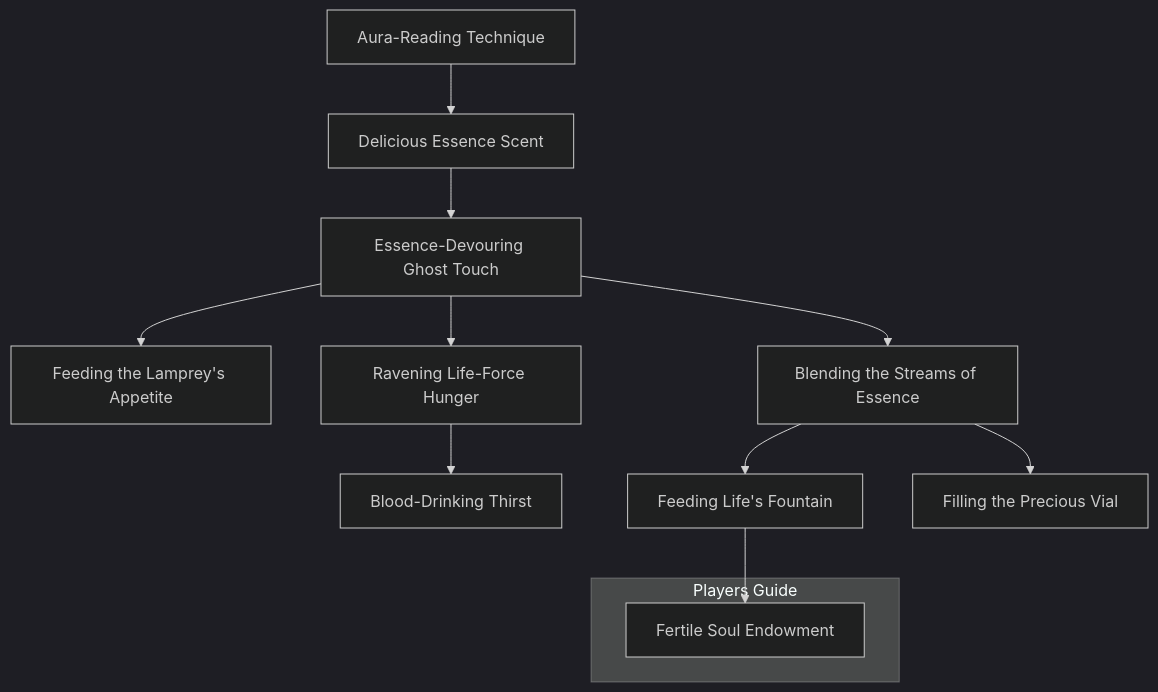
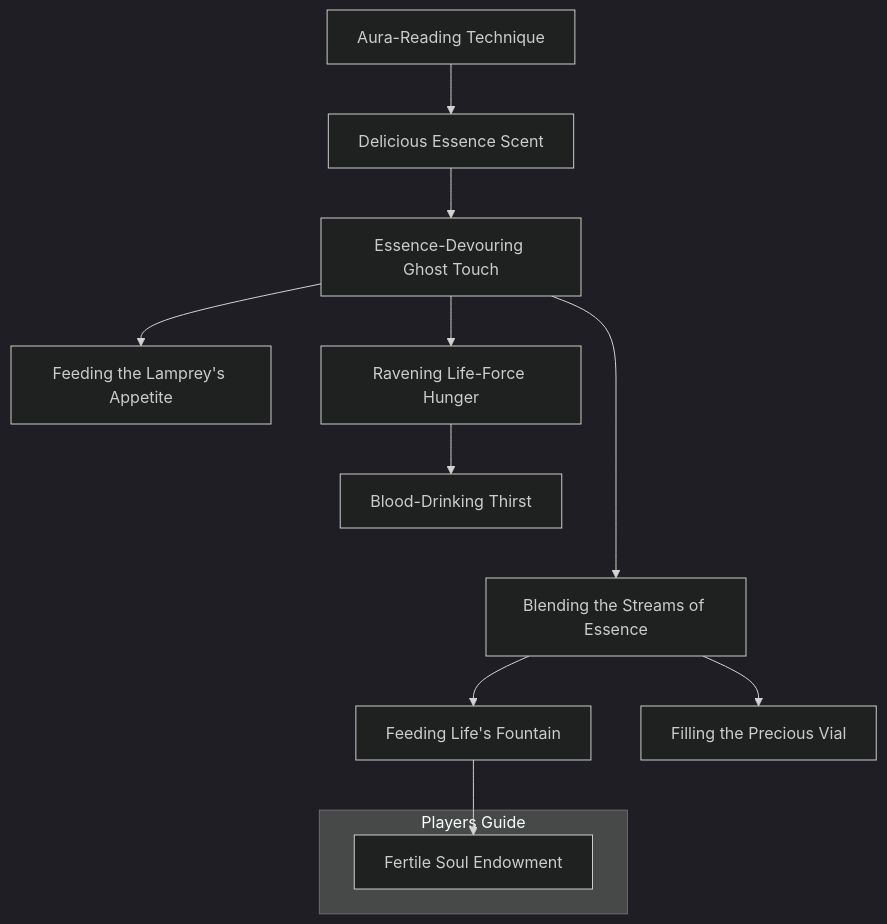
Before and after one commit to jrobichaud/exalted-charms-1e: the diagram in docs/mermaid/arcanoi/essence_measuring_thief_arts_1.mmd, drawn with Mermaid. The commit also changed 56 other files, not shown here.

Commit message:
Reorder graphs for readability

```diff
--- a/docs/mermaid/arcanoi/essence_measuring_thief_arts_1.mmd
+++ b/docs/mermaid/arcanoi/essence_measuring_thief_arts_1.mmd
@@ -195,7 +195,7 @@
         "
 
     blending_the_streams_of_essence[Blending the Streams of Essence]
-    essence_devouring_ghost_touch --> blending_the_streams_of_essence
+    essence_devouring_ghost_touch ----> blending_the_streams_of_essence
     click blending_the_streams_of_essence callback "
         Blending the Streams of Essence<br>
         <br>
```
